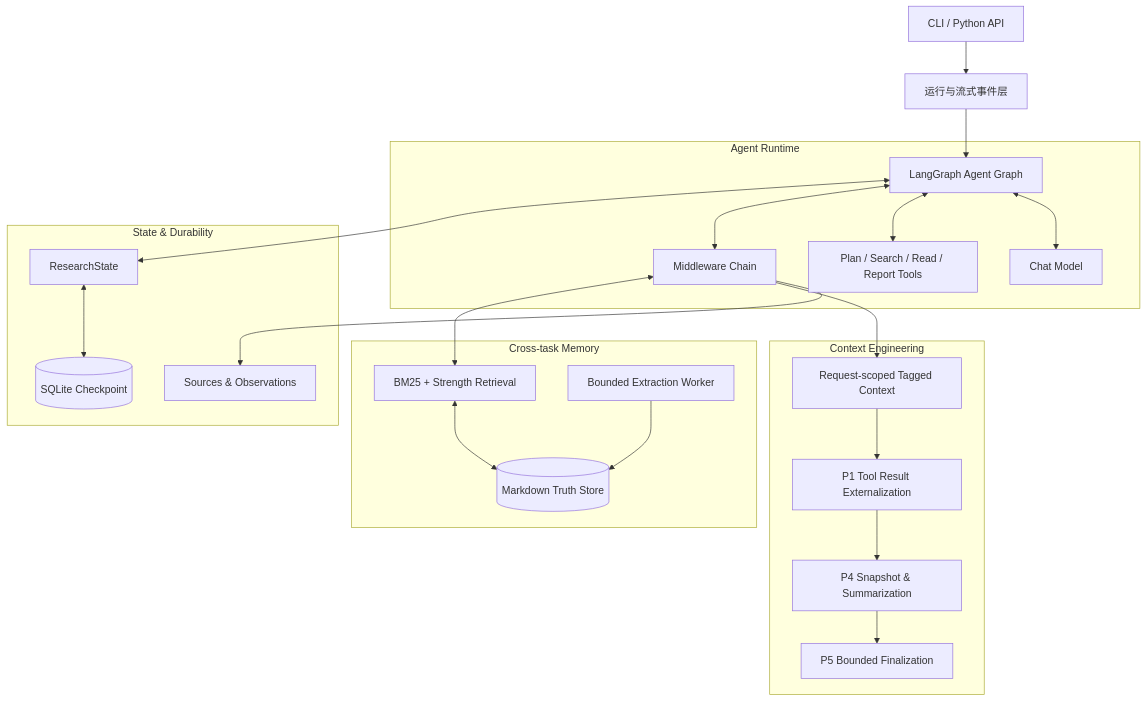
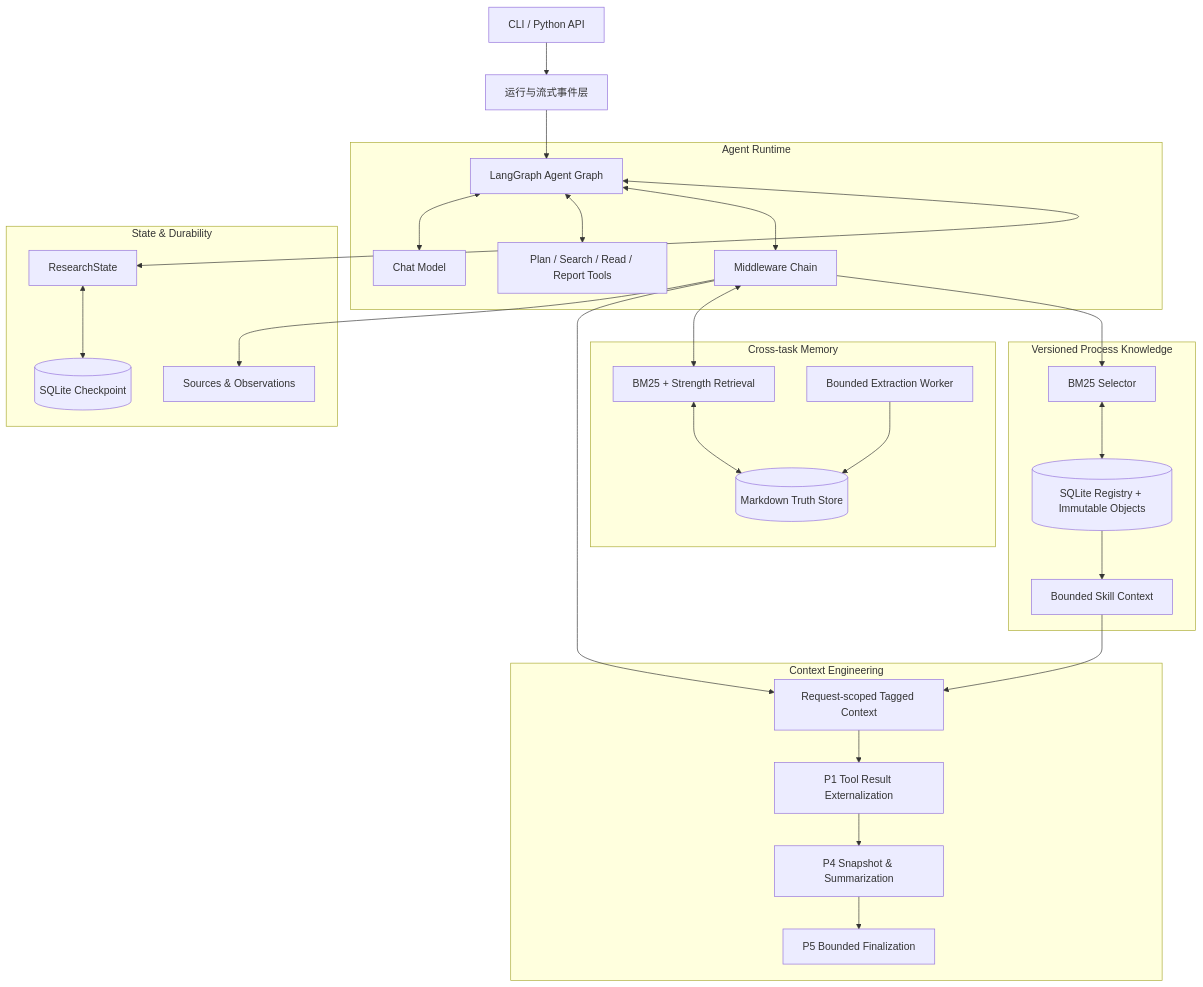
Before and after one commit to 1612535983/deepreseach-learing: the second of 2 diagrams in README.md, drawn with Mermaid. The commit also changed other lines of this file, not shown here.

Commit message:
docs: document the completed skill system

````diff
--- a/README.md
+++ b/README.md
@@ -208,39 +212,48 @@
 ```mermaid
 flowchart TB
     CLI[CLI / Python API] --> RUNNER[运行与流式事件层]
     RUNNER --> GRAPH[LangGraph Agent Graph]
 
     subgraph Runtime[Agent Runtime]
         GRAPH <--> MODEL[Chat Model]
         GRAPH <--> TOOLS[Plan / Search / Read / Report Tools]
         GRAPH <--> MIDDLEWARE[Middleware Chain]
     end
 
     subgraph StateLayer[State & Durability]
         STATE[ResearchState]
         CHECKPOINT[(SQLite Checkpoint)]
         EVIDENCE[Sources & Observations]
     end
 
     subgraph ContextLayer[Context Engineering]
         TAGGED[Request-scoped Tagged Context]
         EXTERNAL[P1 Tool Result Externalization]
         COMPACT[P4 Snapshot & Summarization]
         FINALIZE[P5 Bounded Finalization]
     end
 
     subgraph MemoryLayer[Cross-task Memory]
         RETRIEVER[BM25 + Strength Retrieval]
         STORE[(Markdown Truth Store)]
         WORKER[Bounded Extraction Worker]
     end
 
+    subgraph SkillLayer[Versioned Process Knowledge]
+        SELECTOR[BM25 Selector]
+        SKILLSTORE[(SQLite Registry + Immutable Objects)]
+        SKILLCONTEXT[Bounded Skill Context]
+    end
+
     GRAPH <--> STATE
     STATE <--> CHECKPOINT
     MIDDLEWARE --> EVIDENCE
     MIDDLEWARE --> TAGGED
     TAGGED --> EXTERNAL --> COMPACT --> FINALIZE
     MIDDLEWARE <--> RETRIEVER
     RETRIEVER <--> STORE
     WORKER --> STORE
+    MIDDLEWARE --> SELECTOR
+    SELECTOR <--> SKILLSTORE
+    SKILLSTORE --> SKILLCONTEXT --> TAGGED
 ```
````
